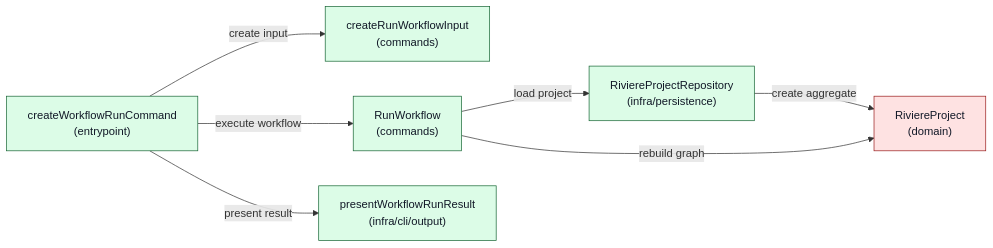
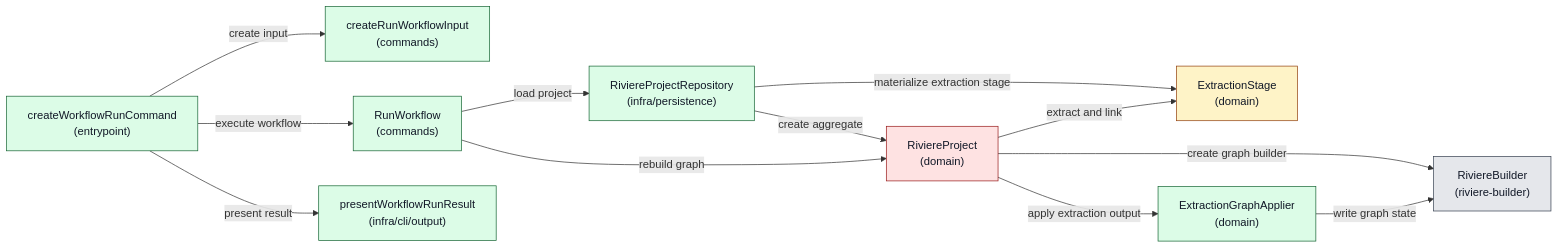
Before and after one commit to NTCoding/living-architecture: the second of 5 diagrams in docs/project/PRD/riviere-extraction-workflows-v1/ARCH.md, drawn with Mermaid. The commit also changed other lines of this file, not shown here.

Commit message:
docs: model workflow extraction stages

````diff
--- a/docs/project/PRD/riviere-extraction-workflows-v1/ARCH.md
+++ b/docs/project/PRD/riviere-extraction-workflows-v1/ARCH.md
@@ -115,27 +164,38 @@
 ```mermaid
 flowchart LR
   entrypoint["createWorkflowRunCommand<br/>(entrypoint)"]
   inputFactory["createRunWorkflowInput<br/>(commands)"]
   useCase["RunWorkflow<br/>(commands)"]
   repository["RiviereProjectRepository<br/>(infra/persistence)"]
+  extractionStage["ExtractionStage<br/>(domain)"]
   project["RiviereProject<br/>(domain)"]
+  builder["RiviereBuilder<br/>(riviere-builder)"]
+  graphApplier["ExtractionGraphApplier<br/>(domain)"]
   formatter["presentWorkflowRunResult<br/>(infra/cli/output)"]
 
   entrypoint -->|create input| inputFactory
   entrypoint -->|execute workflow| useCase
   useCase -->|load project| repository
+  repository -->|materialize extraction stage| extractionStage
   repository -->|create aggregate| project
   useCase -->|rebuild graph| project
+  project -->|create graph builder| builder
+  project -->|extract and link| extractionStage
+  project -->|apply extraction output| graphApplier
+  graphApplier -->|write graph state| builder
   entrypoint -->|present result| formatter
 
   classDef statusExisting fill:#e5e7eb,stroke:#374151,color:#111827
   classDef statusChanged fill:#fef3c7,stroke:#92400e,color:#111827
   classDef statusNew fill:#dcfce7,stroke:#166534,color:#111827
   classDef statusOpen fill:#fee2e2,stroke:#991b1b,color:#111827
   class entrypoint statusNew
   class inputFactory statusNew
   class useCase statusNew
   class repository statusNew
+  class extractionStage statusChanged
   class project statusOpen
+  class builder statusExisting
+  class graphApplier statusNew
   class formatter statusNew
 ```
````
